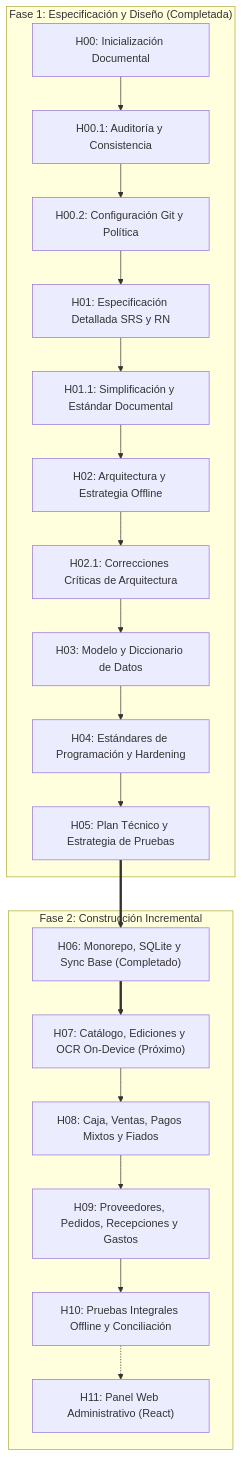
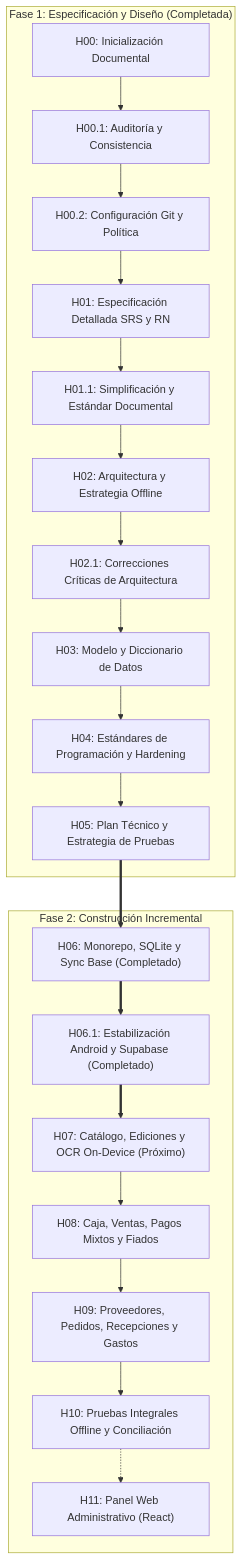
One commit to JMedina255/Proyecto_tienda changed the diagram in docs/05-planificacion/PLAN_DESARROLLO.md. Above: the diagram before and after it, drawn with Mermaid. The commit also changed other lines of this file and 23 other files, not shown here.

````diff
--- a/docs/05-planificacion/PLAN_DESARROLLO.md
+++ b/docs/05-planificacion/PLAN_DESARROLLO.md
@@ -17,23 +17,24 @@
 ```mermaid
 flowchart TD
     subgraph Fase_Diseno["Fase 1: Especificación y Diseño (Completada)"]
         H00["H00: Inicialización Documental"] --> H00_1["H00.1: Auditoría y Consistencia"]
         H00_1 --> H00_2["H00.2: Configuración Git y Política"]
         H00_2 --> H01["H01: Especificación Detallada SRS y RN"]
         H01 --> H01_1["H01.1: Simplificación y Estándar Documental"]
         H01_1 --> H02["H02: Arquitectura y Estrategia Offline"]
         H02 --> H02_1["H02.1: Correcciones Críticas de Arquitectura"]
         H02_1 --> H03["H03: Modelo y Diccionario de Datos"]
         H03 --> H04["H04: Estándares de Programación y Hardening"]
         H04 --> H05["H05: Plan Técnico y Estrategia de Pruebas"]
     end
 
     subgraph Fase_Construccion["Fase 2: Construcción Incremental"]
         H05 ==> H06["H06: Monorepo, SQLite y Sync Base (Completado)"]
-        H06 ==> H07["H07: Catálogo, Ediciones y OCR On-Device (Próximo)"]
+        H06 ==> H06_1["H06.1: Estabilización Android y Supabase (Completado)"]
+        H06_1 ==> H07["H07: Catálogo, Ediciones y OCR On-Device (Próximo)"]
         H07 --> H08["H08: Caja, Ventas, Pagos Mixtos y Fiados"]
         H08 --> H09["H09: Proveedores, Pedidos, Recepciones y Gastos"]
         H09 --> H10["H10: Pruebas Integrales Offline y Conciliación"]
         H10 -.-> H11["H11: Panel Web Administrativo (React)"]
     end
 ```
````
